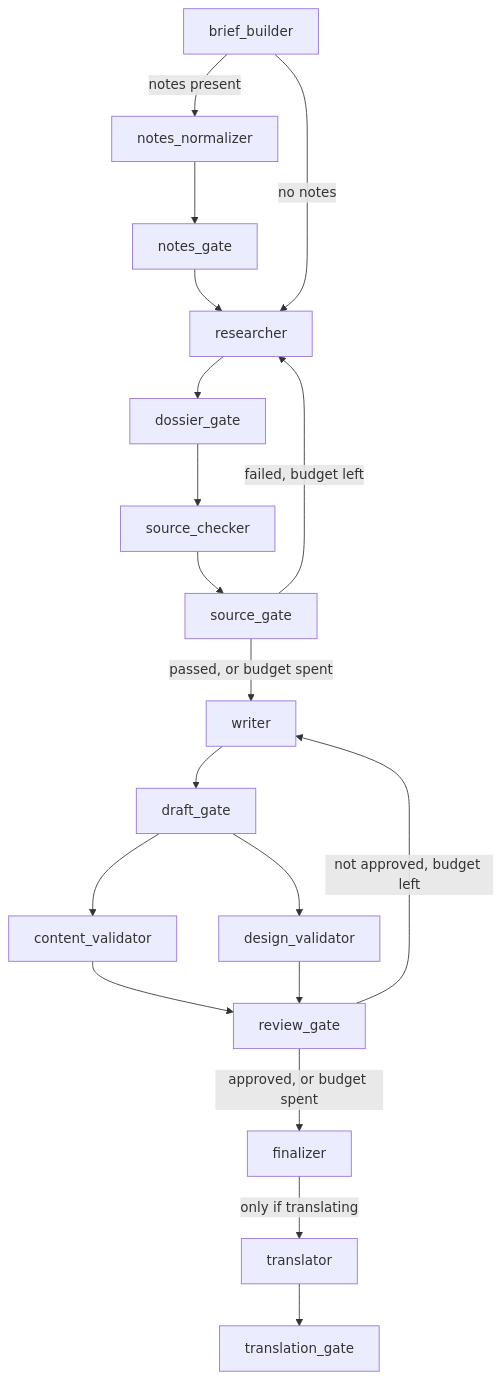
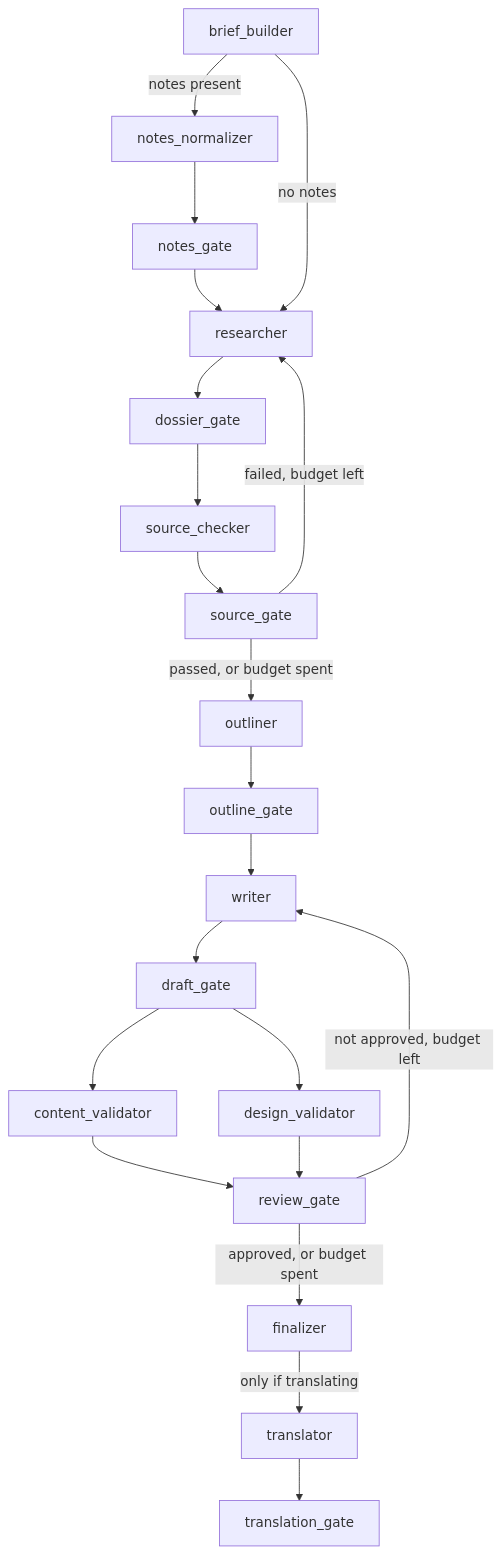
One commit to david-lorenzo88/powerplatformninja-blogger changed the third of 3 diagrams in docs/HOW-IT-WORKS.md. Above: the diagram before and after it, drawn with Mermaid. The commit also changed other lines of this file and 25 other files, not shown here.

````diff
--- a/docs/HOW-IT-WORKS.md
+++ b/docs/HOW-IT-WORKS.md
@@ -308,21 +310,23 @@
 ```mermaid
 flowchart TD
     brief_builder -->|notes present| notes_normalizer
     notes_normalizer --> notes_gate
     notes_gate --> researcher
     brief_builder -->|no notes| researcher
     researcher --> dossier_gate
     dossier_gate --> source_checker
     source_checker --> source_gate
     source_gate -->|failed, budget left| researcher
-    source_gate -->|passed, or budget spent| writer
+    source_gate -->|passed, or budget spent| outliner
+    outliner --> outline_gate
+    outline_gate --> writer
     writer --> draft_gate
     draft_gate --> content_validator
     draft_gate --> design_validator
     content_validator --> review_gate
     design_validator --> review_gate
     review_gate -->|not approved, budget left| writer
     review_gate -->|approved, or budget spent| finalizer
     finalizer -->|only if translating| translator
     translator --> translation_gate
 ```
````
